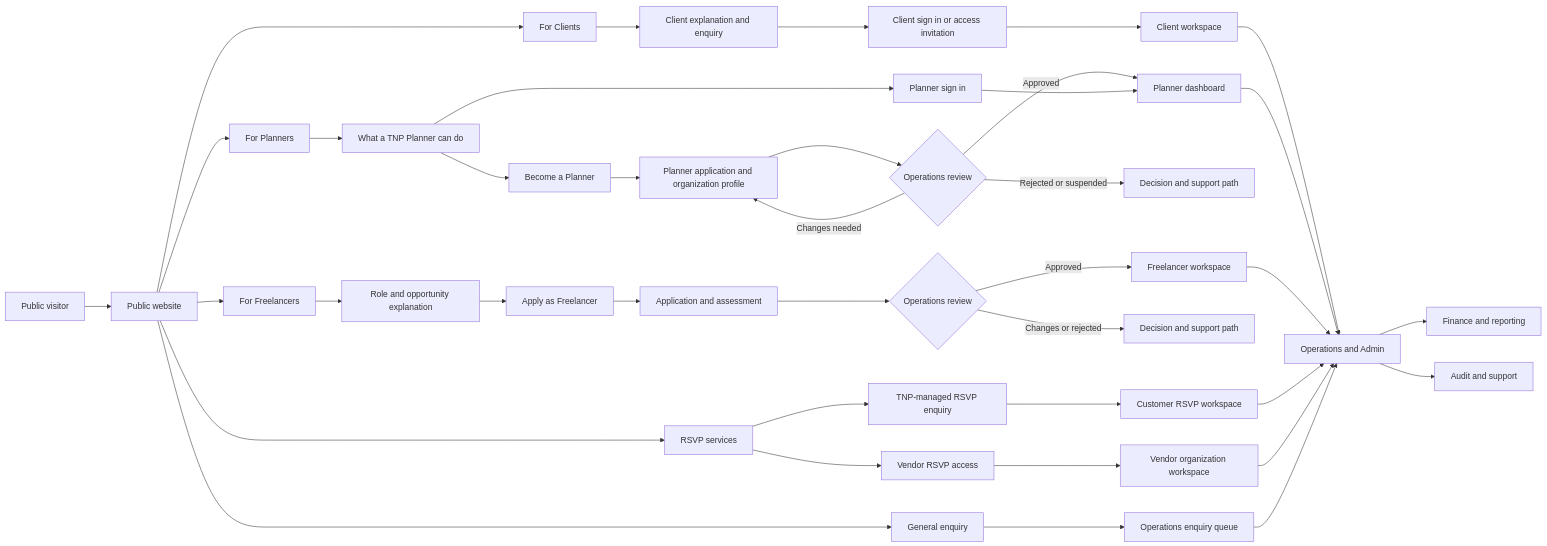
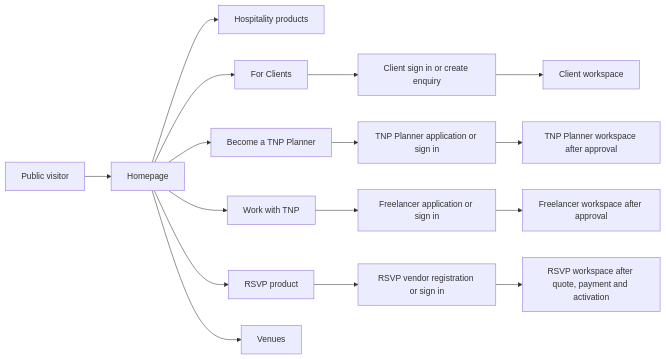
One commit to tejas104/TNP-Hospitality changed the second of 12 diagrams in docs/PLATFORM-USAGE-WORKFLOW-BLUEPRINT.md. Above: the diagram before and after it, drawn with Mermaid. The commit also changed other lines of this file and 10 other files, not shown here.

Commit message:
docs: correct TNP product and operating model

````diff
--- a/docs/PLATFORM-USAGE-WORKFLOW-BLUEPRINT.md
+++ b/docs/PLATFORM-USAGE-WORKFLOW-BLUEPRINT.md
@@ -7,46 +46,20 @@
 ```mermaid
 flowchart LR
-    V[Public visitor] --> H[Public website]
-    H --> C0[For Clients]
-    H --> P0[For Planners]
-    H --> F0[For Freelancers]
-    H --> R0[RSVP services]
-    H --> E[General enquiry]
+    V[Public visitor] --> H[Homepage]
+    H --> S[Hospitality products]
+    H --> C[For Clients]
+    H --> P[Become a TNP Planner]
+    H --> F[Work with TNP]
+    H --> R[RSVP product]
+    H --> VE[Venues]
 
-    C0 --> C1[Client explanation and enquiry]
-    C1 --> C2[Client sign in or access invitation]
-    C2 --> CD[Client workspace]
+    C --> CL[Client sign in or create enquiry]
+    P --> PA[TNP Planner application or sign in]
+    F --> FA[Freelancer application or sign in]
+    R --> RA[RSVP vendor registration or sign in]
 
-    P0 --> P1[What a TNP Planner can do]
-    P1 --> P2[Become a Planner]
-    P1 --> P3[Planner sign in]
-    P2 --> PA[Planner application and organization profile]
-    PA --> AR{Operations review}
-    AR -->|Changes needed| PA
-    AR -->|Approved| PD[Planner dashboard]
-    AR -->|Rejected or suspended| PX[Decision and support path]
-    P3 --> PD
-
-    F0 --> F1[Role and opportunity explanation]
-    F1 --> F2[Apply as Freelancer]
-    F2 --> FA[Application and assessment]
-    FA --> FR{Operations review}
-    FR -->|Approved| FD[Freelancer workspace]
-    FR -->|Changes or rejected| FX[Decision and support path]
-
-    R0 --> R1[TNP-managed RSVP enquiry]
-    R0 --> R2[Vendor RSVP access]
-    R1 --> RW[Customer RSVP workspace]
-    R2 --> RV[Vendor organization workspace]
-
-    E --> OQ[Operations enquiry queue]
-    CD --> OD[Operations and Admin]
-    PD --> OD
-    FD --> OD
-    RW --> OD
-    RV --> OD
-    OQ --> OD
-
-    OD --> FI[Finance and reporting]
-    OD --> AU[Audit and support]
+    CL --> CW[Client workspace]
+    PA --> PW[TNP Planner workspace after approval]
+    FA --> FW[Freelancer workspace after approval]
+    RA --> RW[RSVP workspace after quote, payment and activation]
 ```
````
